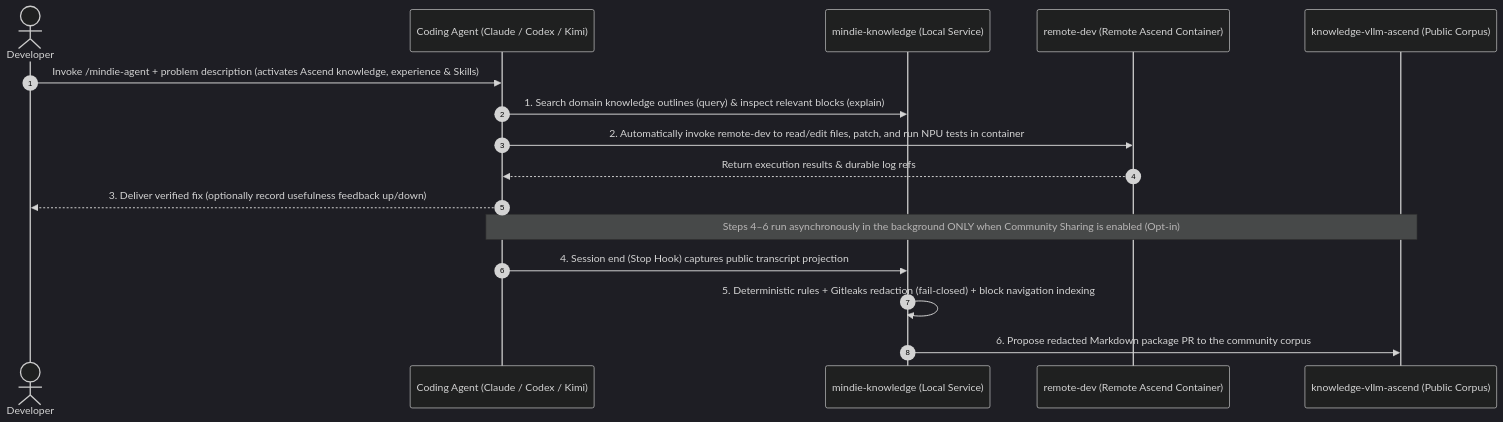
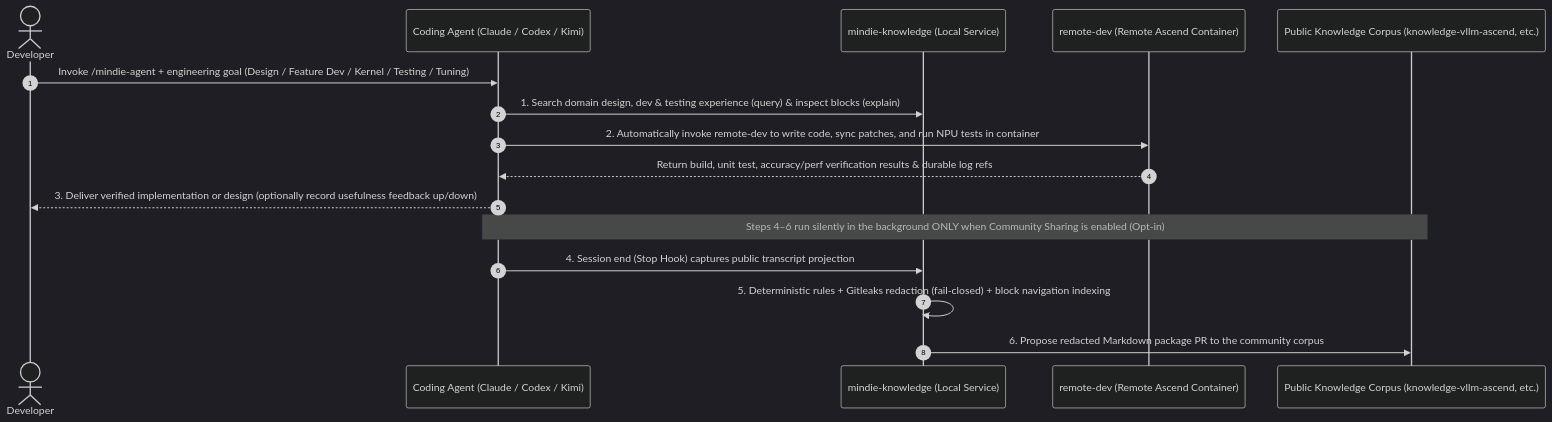
Before and after one commit to Yuli-yx/vllm-ascend-workspace: the second of 2 diagrams in README.en.md, drawn with Mermaid (dark theme). The commit also changed other lines of this file and 1 other file, not shown here.

Commit message:
docs: position MindIE Agent as unified Ascend NPU AI Infra agent platform (#230)

````diff
--- a/README.en.md
+++ b/README.en.md
@@ -169,19 +171,19 @@
 ```mermaid
 sequenceDiagram
   autonumber
   actor Dev as Developer
   participant Agent as Coding Agent (Claude / Codex / Kimi)
   participant Know as mindie-knowledge (Local Service)
   participant NPU as remote-dev (Remote Ascend Container)
-  participant Repo as knowledge-vllm-ascend (Public Corpus)
+  participant Repo as Public Knowledge Corpus (knowledge-vllm-ascend, etc.)
 
-  Dev->>Agent: Invoke /mindie-agent + problem description (activates Ascend knowledge, experience & Skills)
-  Agent->>Know: 1. Search domain knowledge outlines (query) & inspect relevant blocks (explain)
-  Agent->>NPU: 2. Automatically invoke remote-dev to read/edit files, patch, and run NPU tests in container
-  NPU-->>Agent: Return execution results & durable log refs
-  Agent-->>Dev: 3. Deliver verified fix (optionally record usefulness feedback up/down)
-  Note over Agent,Repo: Steps 4–6 run asynchronously in the background ONLY when Community Sharing is enabled (Opt-in)
+  Dev->>Agent: Invoke /mindie-agent + engineering goal (Design / Feature Dev / Kernel / Testing / Tuning)
+  Agent->>Know: 1. Search domain design, dev & testing experience (query) & inspect blocks (explain)
+  Agent->>NPU: 2. Automatically invoke remote-dev to write code, sync patches, and run NPU tests in container
+  NPU-->>Agent: Return build, unit test, accuracy/perf verification results & durable log refs
+  Agent-->>Dev: 3. Deliver verified implementation or design (optionally record usefulness feedback up/down)
+  Note over Agent,Repo: Steps 4–6 run silently in the background ONLY when Community Sharing is enabled (Opt-in)
   Agent->>Know: 4. Session end (Stop Hook) captures public transcript projection
   Know->>Know: 5. Deterministic rules + Gitleaks redaction (fail-closed) + block navigation indexing
   Know->>Repo: 6. Propose redacted Markdown package PR to the community corpus
 ```
````
